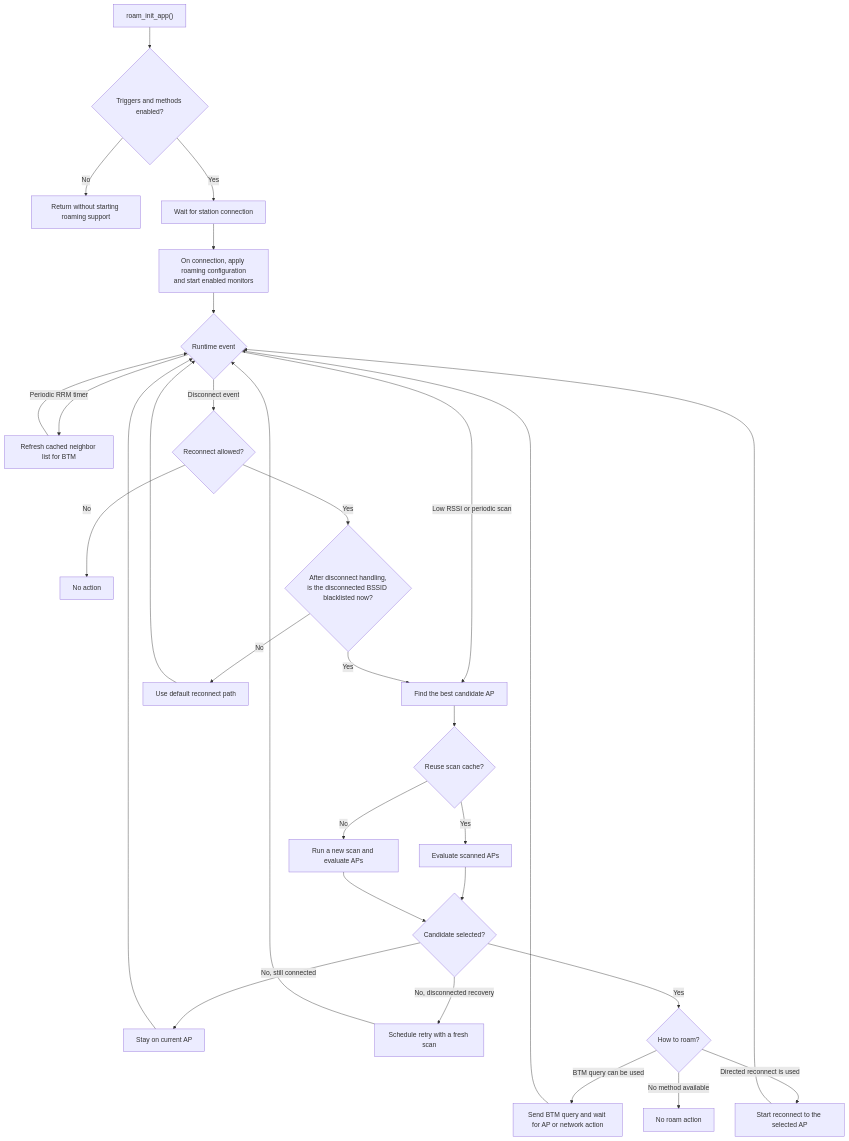
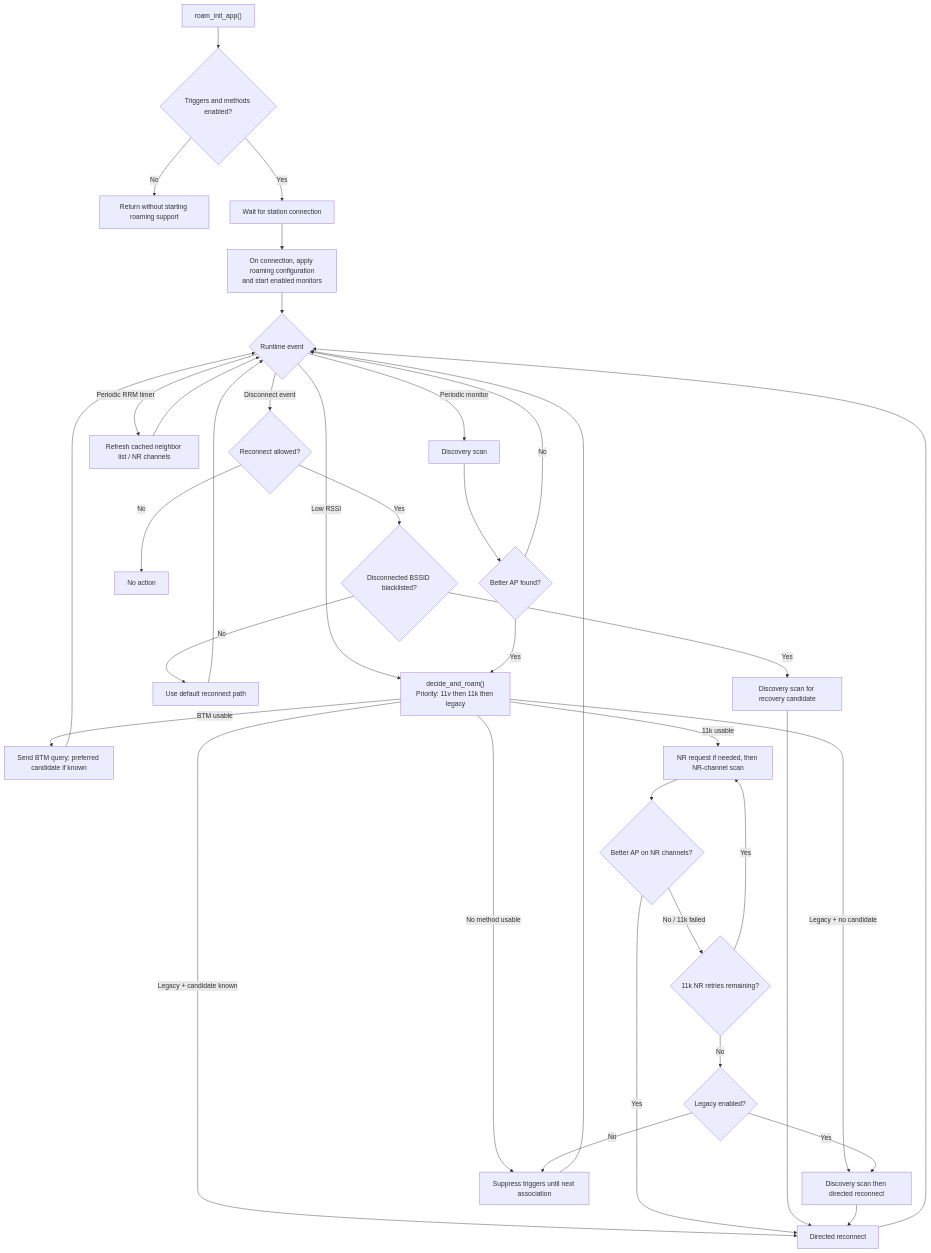
Before and after one commit to espressif/esp-idf: the first of 4 diagrams in components/esp_wifi/wifi_apps/roaming_app/src/ROAMING_FLOW.md, drawn with Mermaid. The commit also changed other lines of this file and 7 other files, not shown here.

````diff
--- a/components/esp_wifi/wifi_apps/roaming_app/src/ROAMING_FLOW.md
+++ b/components/esp_wifi/wifi_apps/roaming_app/src/ROAMING_FLOW.md
@@ -30,37 +30,43 @@
 ```mermaid
 flowchart TD
     A["roam_init_app()"] --> B{"Triggers and methods enabled?"}
     B -- "No" --> X["Return without starting roaming support"]
     B -- "Yes" --> C["Wait for station connection"]
     C --> D["On connection, apply roaming configuration<br/>and start enabled monitors"]
 
     D --> E{"Runtime event"}
-    E -- "Low RSSI or periodic scan" --> F["Find the best candidate AP"]
-    E -- "Periodic RRM timer" --> G["Refresh cached neighbor list for BTM"]
+    E -- "Low RSSI" --> Decide["decide_and_roam()<br/>Priority: 11v then 11k then legacy"]
+    E -- "Periodic monitor" --> PerDisc["Discovery scan"]
+    PerDisc --> Better{"Better AP found?"}
+    Better -- "No" --> E
+    Better -- "Yes" --> Decide
+    E -- "Periodic RRM timer" --> G["Refresh cached neighbor list / NR channels"]
     G --> E
     E -- "Disconnect event" --> H{"Reconnect allowed?"}
     H -- "No" --> I["No action"]
-    H -- "Yes" --> J{"After disconnect handling,<br/>is the disconnected BSSID blacklisted now?"}
+    H -- "Yes" --> J{"Disconnected BSSID blacklisted?"}
     J -- "No" --> K["Use default reconnect path"]
-    J -- "Yes" --> F
+    J -- "Yes" --> DiscScan["Discovery scan for recovery candidate"]
 
-    F --> L{"Reuse scan cache?"}
-    L -- "Yes" --> M["Evaluate scanned APs"]
-    L -- "No" --> N["Run a new scan and evaluate APs"]
-    M --> O{"Candidate selected?"}
-    N --> O
+    Decide -- "BTM usable" --> S["Send BTM query; preferred candidate if known"]
+    Decide -- "11k usable" --> S11k["NR request if needed, then NR-channel scan"]
+    Decide -- "Legacy + candidate known" --> T["Directed reconnect"]
+    Decide -- "Legacy + no candidate" --> LegScan["Discovery scan then directed reconnect"]
+    Decide -- "No method usable" --> U["Suppress triggers until next association"]
 
-    O -- "No, still connected" --> P["Stay on current AP"]
-    O -- "No, disconnected recovery" --> Q["Schedule retry with a fresh scan"]
-    O -- "Yes" --> R{"How to roam?"}
+    S11k --> Found11k{"Better AP on NR channels?"}
+    Found11k -- "Yes" --> T
+    Found11k -- "No / 11k failed" --> Retry11k{"11k NR retries remaining?"}
+    Retry11k -- "Yes" --> S11k
+    Retry11k -- "No" --> LegOrStop{"Legacy enabled?"}
+    LegOrStop -- "Yes" --> LegScan
+    LegOrStop -- "No" --> U
 
-    R -- "BTM query can be used" --> S["Send BTM query and wait for AP or network action"]
-    R -- "Directed reconnect is used" --> T["Start reconnect to the selected AP"]
-    R -- "No method available" --> U["No roam action"]
+    DiscScan --> T
+    LegScan --> T
 
-    P --> E
-    Q --> E
     S --> E
     T --> E
     K --> E
+    U --> E
 ```
````
